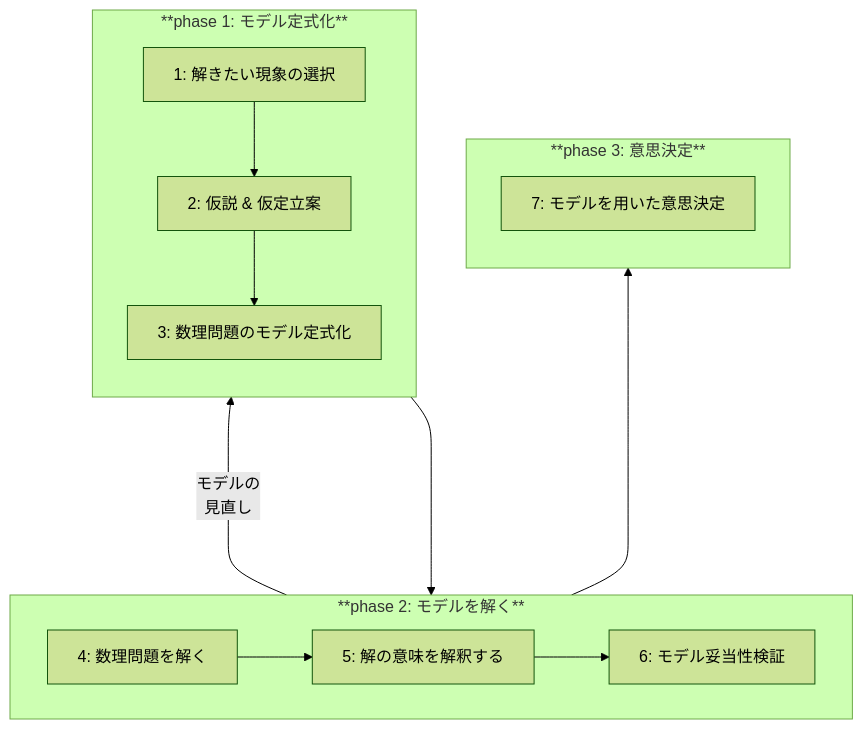
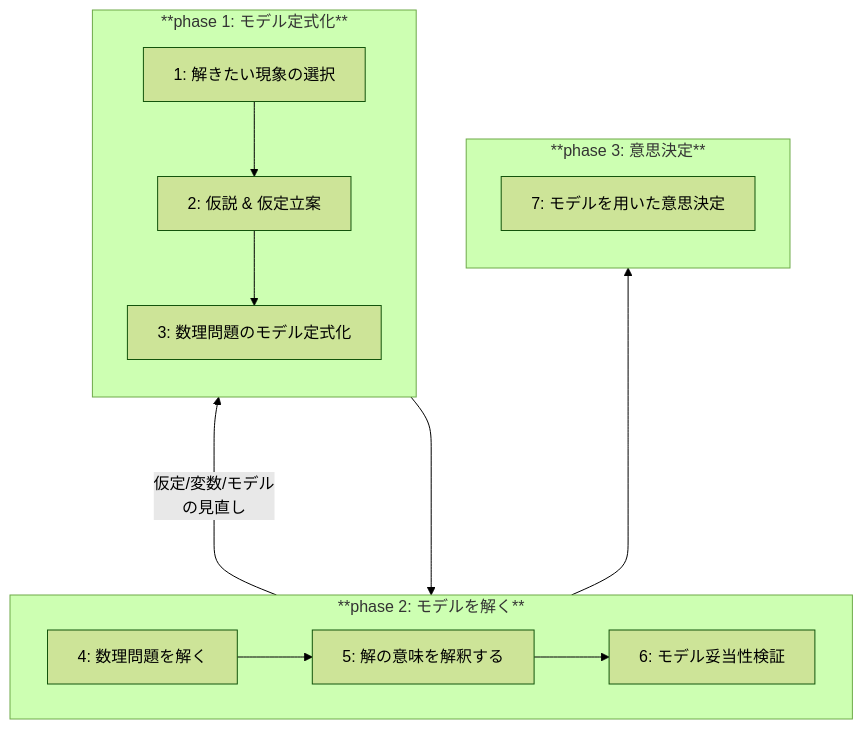
One commit to RyoNakagami/regmonkey-datascience-blog changed the diagram in posts/2025-01-28-mathmatical-modelling/index.qmd. Above: the diagram before and after it, drawn with Mermaid (forest theme). The commit also changed 2 other files, not shown here.

Commit message:
POST: adding differential equation

````diff
--- a/posts/2025-01-28-mathmatical-modelling/index.qmd
+++ b/posts/2025-01-28-mathmatical-modelling/index.qmd
@@ -33,31 +33,31 @@
 ```{mermaid}
 flowchart BT
     problem_setup["1: 解きたい現象の選択"]
     assumption["2: 仮説 & 仮定立案"]
     define_objective["3: 数理問題のモデル定式化"]
     solve["4: 数理問題を解く"]
     analysis["5: 解の意味を解釈する"]
     validation["6: モデル妥当性検証"]
     decision["7: モデルを用いた意思決定"]
     
 
     subgraph problem-framing-phase["**phase 1: モデル定式化**"]
         direction TB
         problem_setup --> assumption
         assumption --> define_objective
     end
 
     subgraph analysis-phase["**phase 2: モデルを解く**"]
         direction LR
         solve --> analysis
         analysis --> validation
     end
 
     subgraph decision-phase["**phase 3: 意思決定**"]
         decision
     end
 
-    analysis-phase --モデルの<br>見直し--> problem-framing-phase
+    analysis-phase --仮定/変数/モデル<br>の見直し--> problem-framing-phase
     problem-framing-phase ----> analysis-phase
     analysis-phase ----> decision-phase
 ```
````
